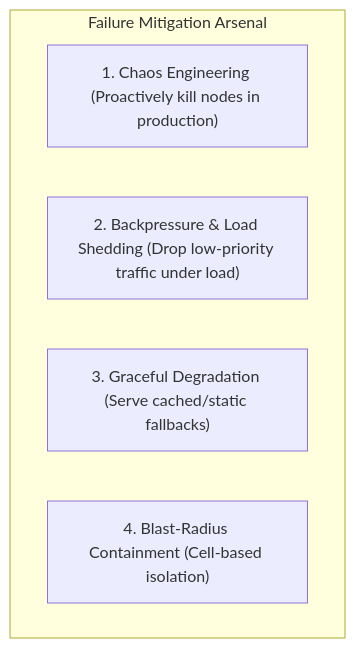
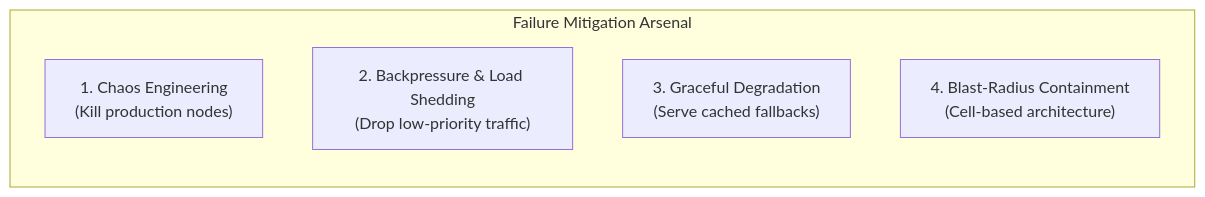
Before and after one commit to Sourav108/strivers-lld: the first of 2 diagrams in strivers-hld/14-Operational-Excellence-and-Failure-Engineering/README.md, drawn with Mermaid. The commit also changed 39 other files, not shown here.

Commit message:
fix(mermaid): wrap node labels, simplify diamonds, and reformat wide diagrams for perfect GitHub rendering

````diff
--- a/strivers-hld/14-Operational-Excellence-and-Failure-Engineering/README.md
+++ b/strivers-hld/14-Operational-Excellence-and-Failure-Engineering/README.md
@@ -7,9 +7,10 @@
 ```mermaid
 flowchart TD
     subgraph FailureModes["Failure Mitigation Arsenal"]
-        FM1["1. Chaos Engineering (Proactively kill nodes in production)"]
-        FM2["2. Backpressure & Load Shedding (Drop low-priority traffic under load)"]
-        FM3["3. Graceful Degradation (Serve cached/static fallbacks)"]
-        FM4["4. Blast-Radius Containment (Cell-based isolation)"]
+        direction TB
+        FM1["1. Chaos Engineering<br/>(Kill production nodes)"]
+        FM2["2. Backpressure & Load Shedding<br/>(Drop low-priority traffic)"]
+        FM3["3. Graceful Degradation<br/>(Serve cached fallbacks)"]
+        FM4["4. Blast-Radius Containment<br/>(Cell-based architecture)"]
     end
 ```
````
